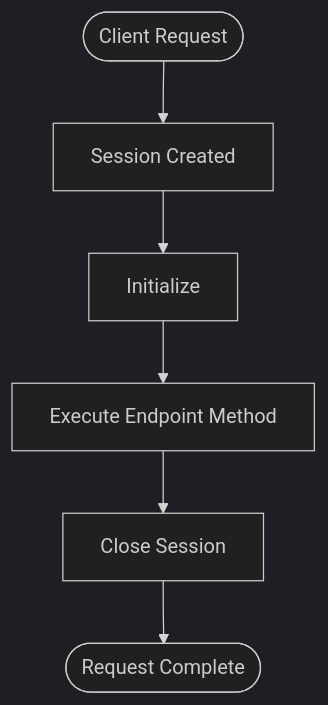
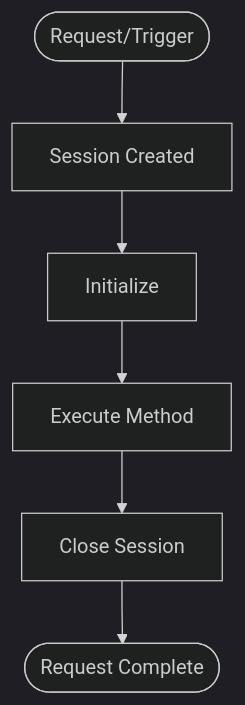
The diagram in docs/06-concepts/05-sessions.md (serverpod/serverpod_docs), drawn with Mermaid (dark theme) before and after one commit. The commit also changed other lines of this file, not shown here.

````diff
--- a/docs/06-concepts/05-sessions.md
+++ b/docs/06-concepts/05-sessions.md
@@ -73,8 +76,8 @@
 ```mermaid
 flowchart TB
-    Request([Client Request]) --> Create[Session Created]
+    Request([Request/Trigger]) --> Create[Session Created]
     Create --> Init[Initialize]
-    Init --> Active[Execute Endpoint Method]
+    Init --> Active[Execute Method]
     Active --> Close[Close Session]
     Close --> End([Request Complete])
 ```
````
